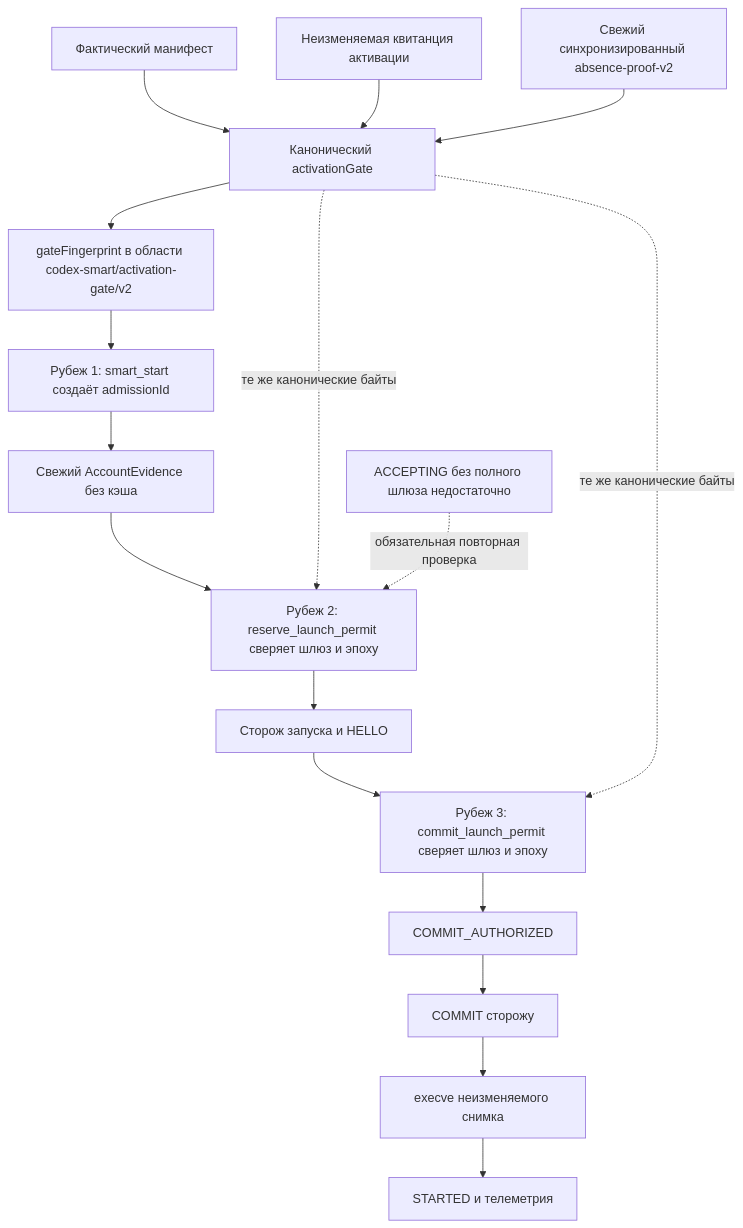
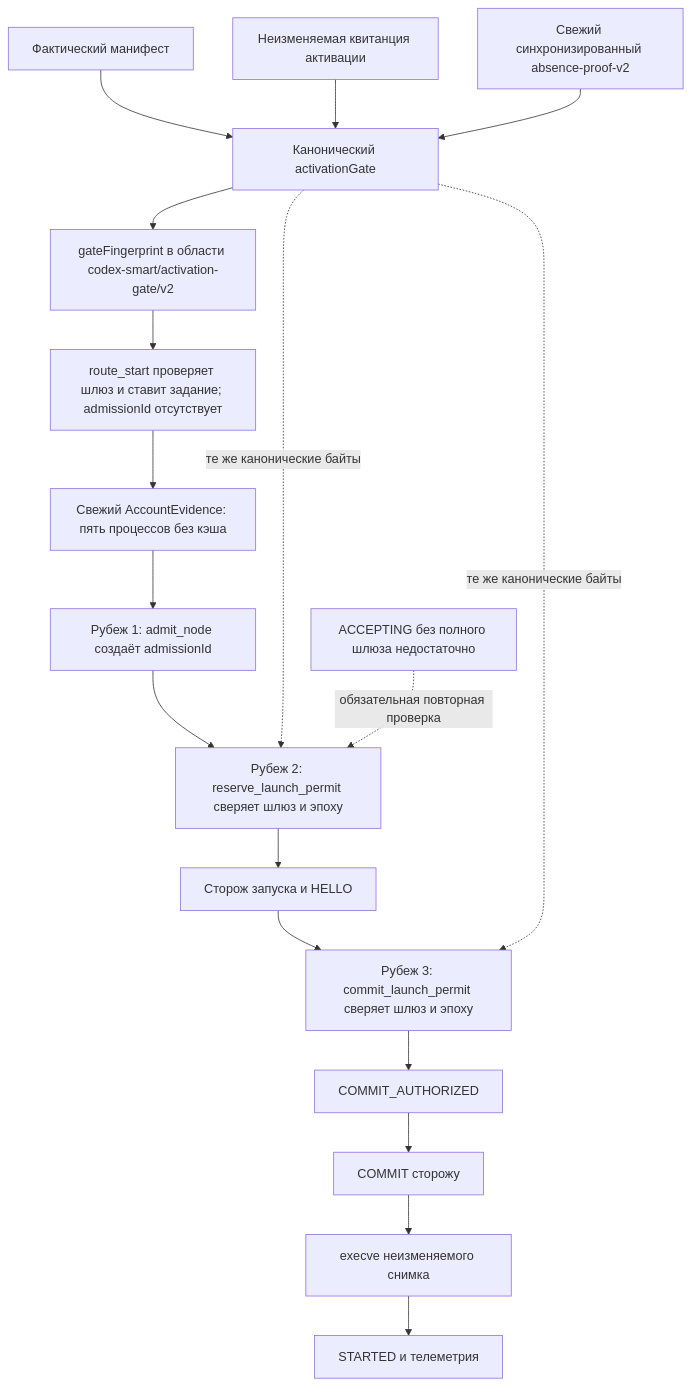
One commit to RussianLioN/codex-settings changed the third of 5 diagrams in docs/plans/2026-07-17-codex-capability-compatibility-idempotent-lifecycle-design.md. Above: the diagram before and after it, drawn with Mermaid. The commit also changed other lines of this file and 291 other files, not shown here.

````diff
--- a/docs/plans/2026-07-17-codex-capability-compatibility-idempotent-lifecycle-design.md
+++ b/docs/plans/2026-07-17-codex-capability-compatibility-idempotent-lifecycle-design.md
@@ -282,19 +324,20 @@
 ```mermaid
 flowchart TD
     M[Фактический манифест] --> G[Канонический activationGate]
     R[Неизменяемая квитанция активации] --> G
     A[Свежий синхронизированный absence-proof-v2] --> G
     G --> F[gateFingerprint в области codex-smart/activation-gate/v2]
-    F --> S[Рубеж 1: smart_start создаёт admissionId]
-    S --> E[Свежий AccountEvidence без кэша]
-    E --> P[Рубеж 2: reserve_launch_permit сверяет шлюз и эпоху]
+    F --> S[route_start проверяет шлюз и ставит задание; admissionId отсутствует]
+    S --> E[Свежий AccountEvidence: пять процессов без кэша]
+    E --> D[Рубеж 1: admit_node создаёт admissionId]
+    D --> P[Рубеж 2: reserve_launch_permit сверяет шлюз и эпоху]
     P --> H[Сторож запуска и HELLO]
     H --> C[Рубеж 3: commit_launch_permit сверяет шлюз и эпоху]
     C --> K[COMMIT_AUTHORIZED]
     K --> W[COMMIT сторожу]
     W --> X[execve неизменяемого снимка]
     X --> T[STARTED и телеметрия]
     G -. те же канонические байты .-> P
     G -. те же канонические байты .-> C
     N[ACCEPTING без полного шлюза недостаточно] -. обязательная повторная проверка .-> P
 ```
````
